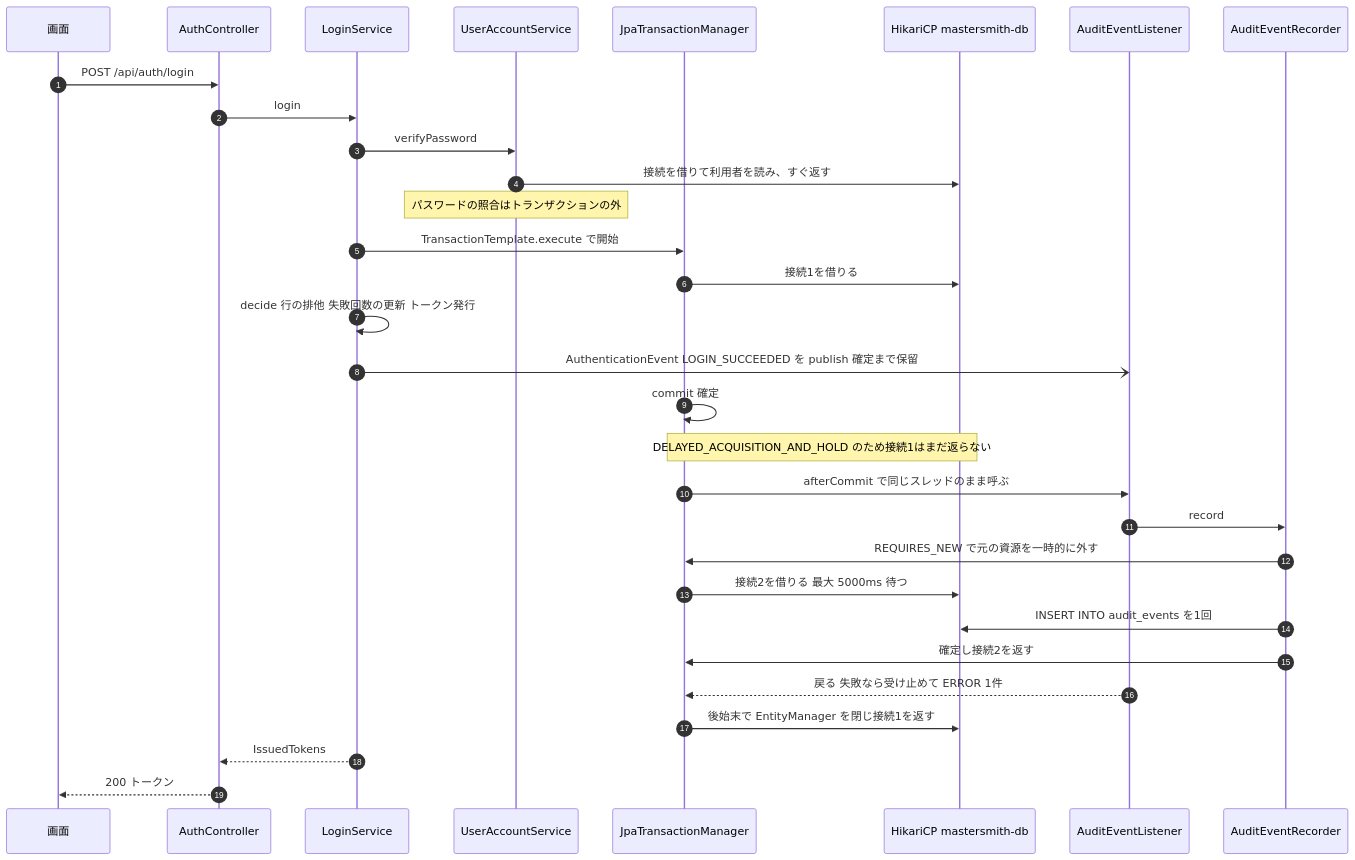
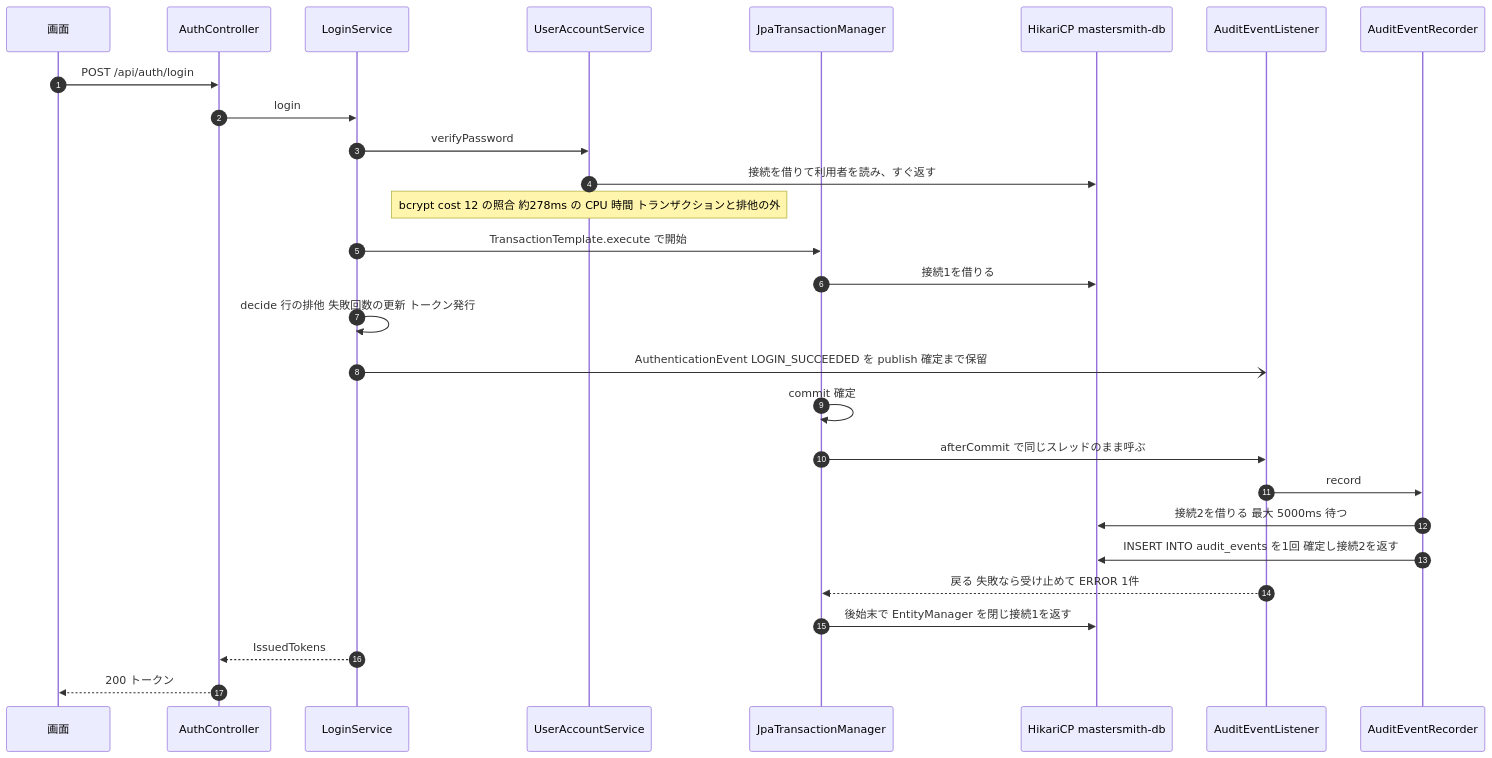
The third of 6 diagrams in aidlc/spaces/default/codekb/mastersmith2/architecture.md (agwlvssainokuni/mastersmith2), drawn with Mermaid before and after one commit. The commit also changed other lines of this file and 14 other files, not shown here.

````diff
--- a/aidlc/spaces/default/codekb/mastersmith2/architecture.md
+++ b/aidlc/spaces/default/codekb/mastersmith2/architecture.md
@@ -81,33 +129,30 @@
 ```mermaid
 sequenceDiagram
     autonumber
     participant C as 画面
     participant W as AuthController
     participant L as LoginService
     participant U as UserAccountService
     participant TX as JpaTransactionManager
     participant P as HikariCP mastersmith-db
     participant A as AuditEventListener
     participant R as AuditEventRecorder
     C->>W: POST /api/auth/login
     W->>L: login
     L->>U: verifyPassword
     U->>P: 接続を借りて利用者を読み、すぐ返す
-    Note over U: パスワードの照合はトランザクションの外
+    Note over U: bcrypt cost 12 の照合 約278ms の CPU 時間 トランザクションと排他の外
     L->>TX: TransactionTemplate.execute で開始
     TX->>P: 接続1を借りる
     L->>L: decide 行の排他 失敗回数の更新 トークン発行
     L-)A: AuthenticationEvent LOGIN_SUCCEEDED を publish 確定まで保留
     TX->>TX: commit 確定
-    Note over TX,P: DELAYED_ACQUISITION_AND_HOLD のため接続1はまだ返らない
     TX->>A: afterCommit で同じスレッドのまま呼ぶ
     A->>R: record
-    R->>TX: REQUIRES_NEW で元の資源を一時的に外す
-    TX->>P: 接続2を借りる 最大 5000ms 待つ
-    R->>P: INSERT INTO audit_events を1回
-    R->>TX: 確定し接続2を返す
+    R->>P: 接続2を借りる 最大 5000ms 待つ
+    R->>P: INSERT INTO audit_events を1回 確定し接続2を返す
     A-->>TX: 戻る 失敗なら受け止めて ERROR 1件
     TX->>P: 後始末で EntityManager を閉じ接続1を返す
     L-->>W: IssuedTokens
     W-->>C: 200 トークン
 ```
````
